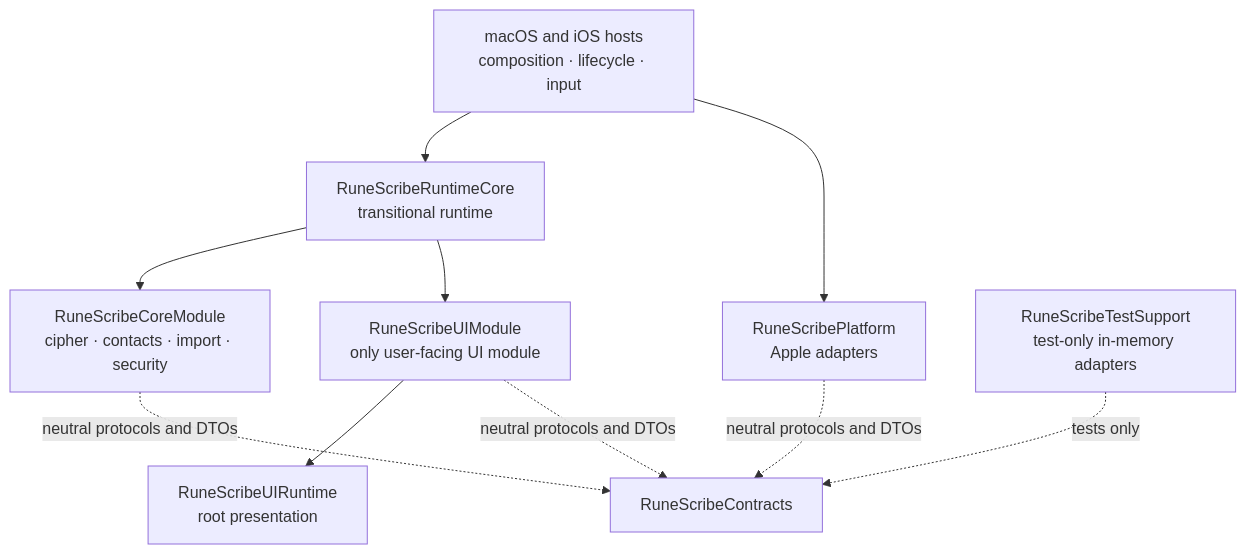
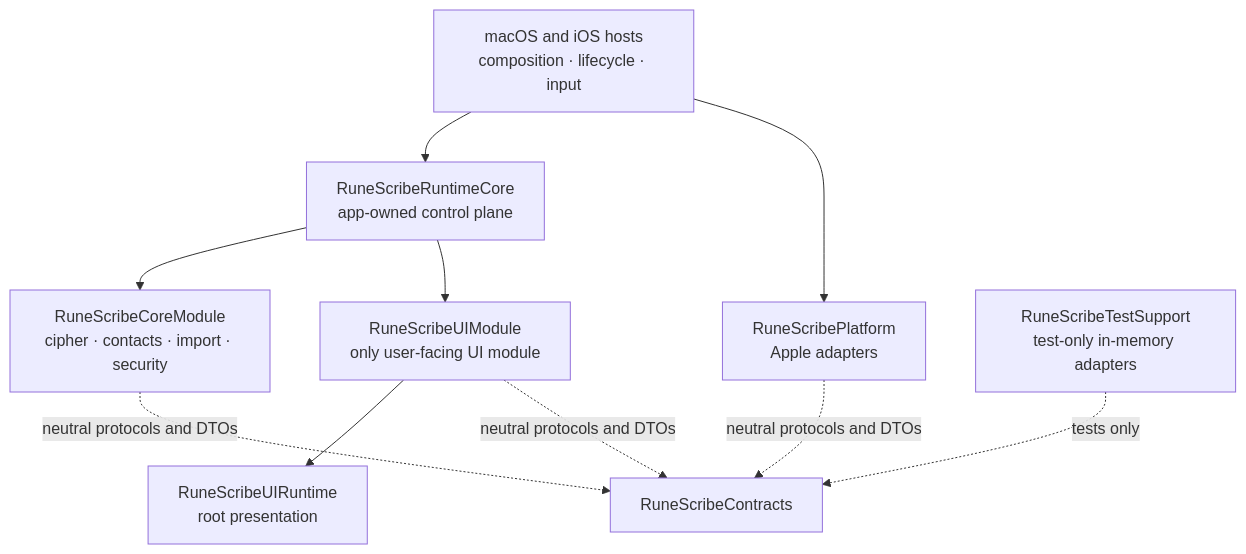
The third of 3 diagrams in README.md (flynn33/rune-scribe), drawn with Mermaid before and after one commit. The commit also changed other lines of this file and 29 other files, not shown here.

````diff
--- a/README.md
+++ b/README.md
@@ -220,12 +220,12 @@
 ```mermaid
 flowchart TD
-    Host[macOS and iOS hosts<br/>composition · lifecycle · input] --> Runtime[RuneScribeRuntimeCore<br/>transitional runtime]
+    Host[macOS and iOS hosts<br/>composition · lifecycle · input] --> Runtime[RuneScribeRuntimeCore<br/>app-owned control plane]
     Host --> Platform[RuneScribePlatform<br/>Apple adapters]
     Runtime --> Core[RuneScribeCoreModule<br/>cipher · contacts · import · security]
     Runtime --> UI[RuneScribeUIModule<br/>only user-facing UI module]
     UI --> UIRuntime[RuneScribeUIRuntime<br/>root presentation]
     Core -. neutral protocols and DTOs .-> Contracts[RuneScribeContracts]
     UI -. neutral protocols and DTOs .-> Contracts
     Platform -. neutral protocols and DTOs .-> Contracts
     TestSupport[RuneScribeTestSupport<br/>test-only in-memory adapters] -. tests only .-> Contracts
 ```
````
